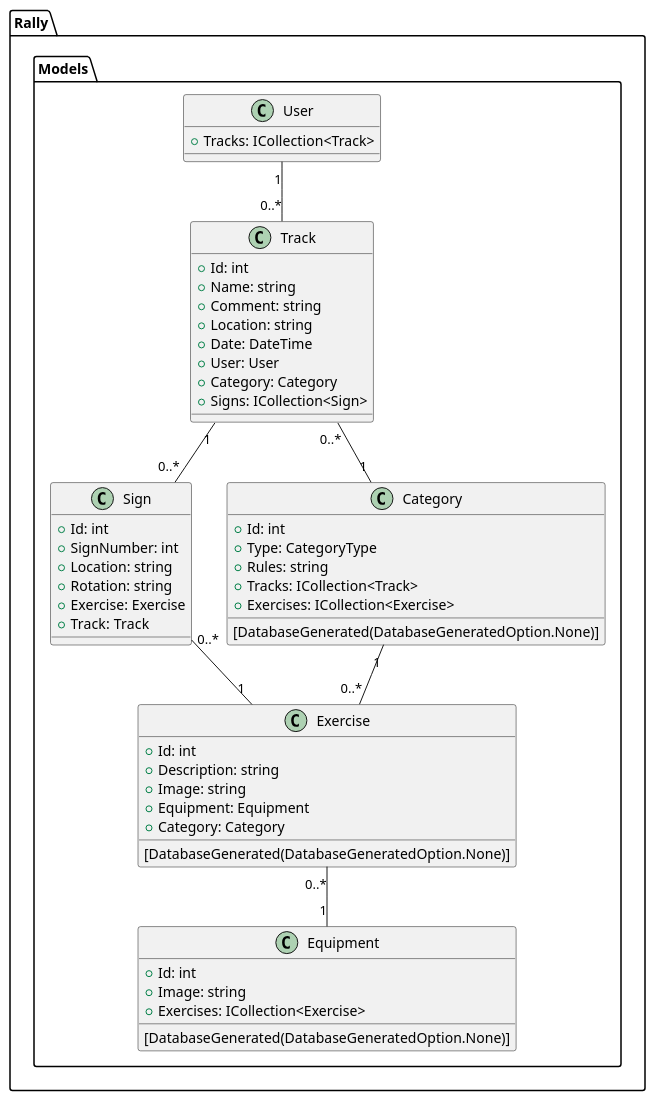
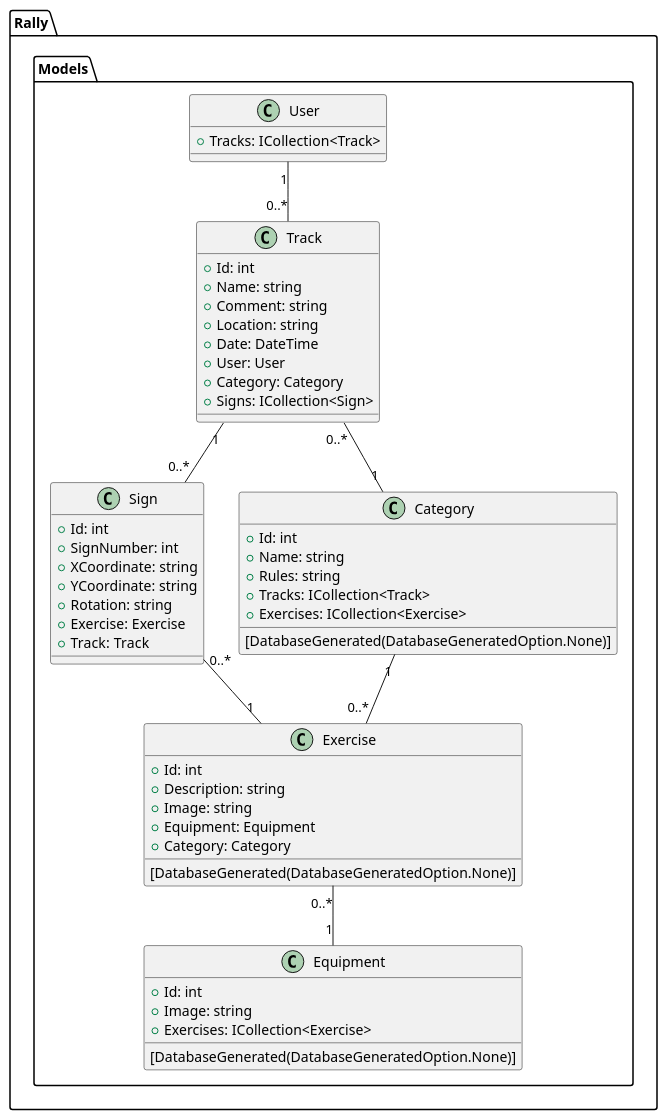
Before and after one commit to DMOoF23-Team7-CAT/Project-Team7-Semester3: the diagram in Dodumentation/DSD_Models.wsd, drawn with PlantUML. The commit also changed 5 other files, not shown here.

```diff
--- a/Dodumentation/DSD_Models.wsd
+++ b/Dodumentation/DSD_Models.wsd
@@ -1,64 +1,65 @@
 @startuml Design Class Diagram for models
 
 namespace Rally.Models {
     class User {
         + Tracks: ICollection<Track>
     }
 
     class Track {
         + Id: int
         + Name: string
         + Comment: string
         + Location: string
         + Date: DateTime
         + User: User
         + Category: Category
         + Signs: ICollection<Sign>
     }
 
     class Sign {
         + Id: int
         + SignNumber: int
-        + Location: string
+        + XCoordinate: string
+        + YCoordinate: string
         + Rotation: string
         + Exercise: Exercise
         + Track: Track
     }
 
     class Exercise {
         [DatabaseGenerated(DatabaseGeneratedOption.None)]
         + Id: int
         + Description: string
         + Image: string
         + Equipment: Equipment
         + Category: Category
     }
 
     class Equipment {
         [DatabaseGenerated(DatabaseGeneratedOption.None)]
         + Id: int
         + Image: string
         + Exercises: ICollection<Exercise>
     }
 
     class Category {
         [DatabaseGenerated(DatabaseGeneratedOption.None)]
         + Id: int
-        + Type: CategoryType
+        + Name: string
         + Rules: string
         + Tracks: ICollection<Track>
         + Exercises: ICollection<Exercise>
     }
 
     User "1" -- "0..*" Track
     Track "0..*" -- "1" Category
     Track "1" -- "0..*" Sign
     Sign "0..*" -- "1" Exercise
     Exercise "0..*" -- "1" Equipment
     Category "1" -- "0..*" Exercise
 
 }
 
 
 
 @enduml
```
